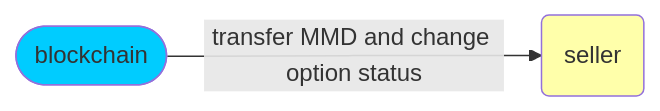
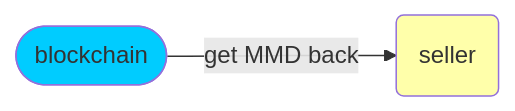
One commit to Joe-Bradley/S_K changed the fourth of 6 diagrams in README.md. Above: the diagram before and after it, drawn with Mermaid. The commit also changed other lines of this file and 1 other file, not shown here.

````diff
--- a/README.md
+++ b/README.md
@@ -49,8 +55,8 @@
 ```mermaid
 graph LR
-b([blockchain]):::class2 --> |transfer MMD and change option status|a(seller):::class1
+b([blockchain]):::class2 --> |get MMD back |a(seller):::class1
 classDef class1 fill:#ffaf;
 classDef class2 fill:#00ccff;
 classDef class3 fill:#ffe7ba;
 classDef class4 fill:#ff83fa;
 ```
````
